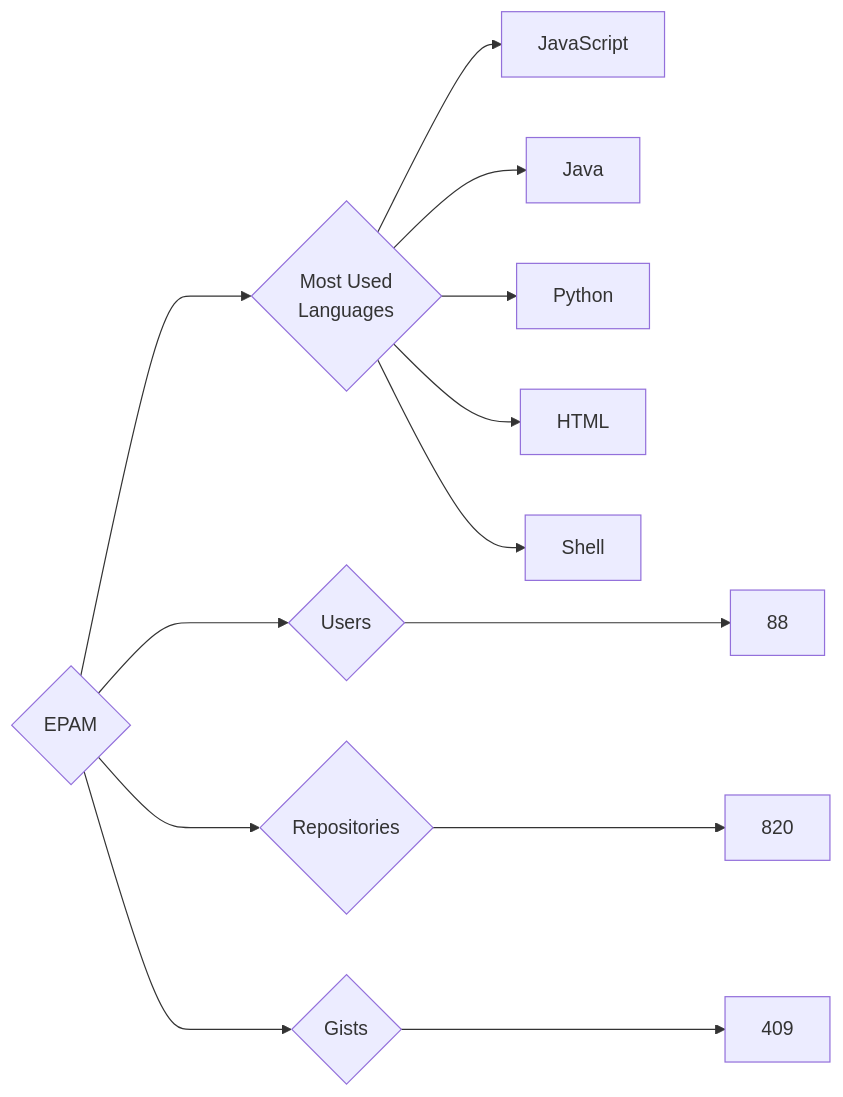
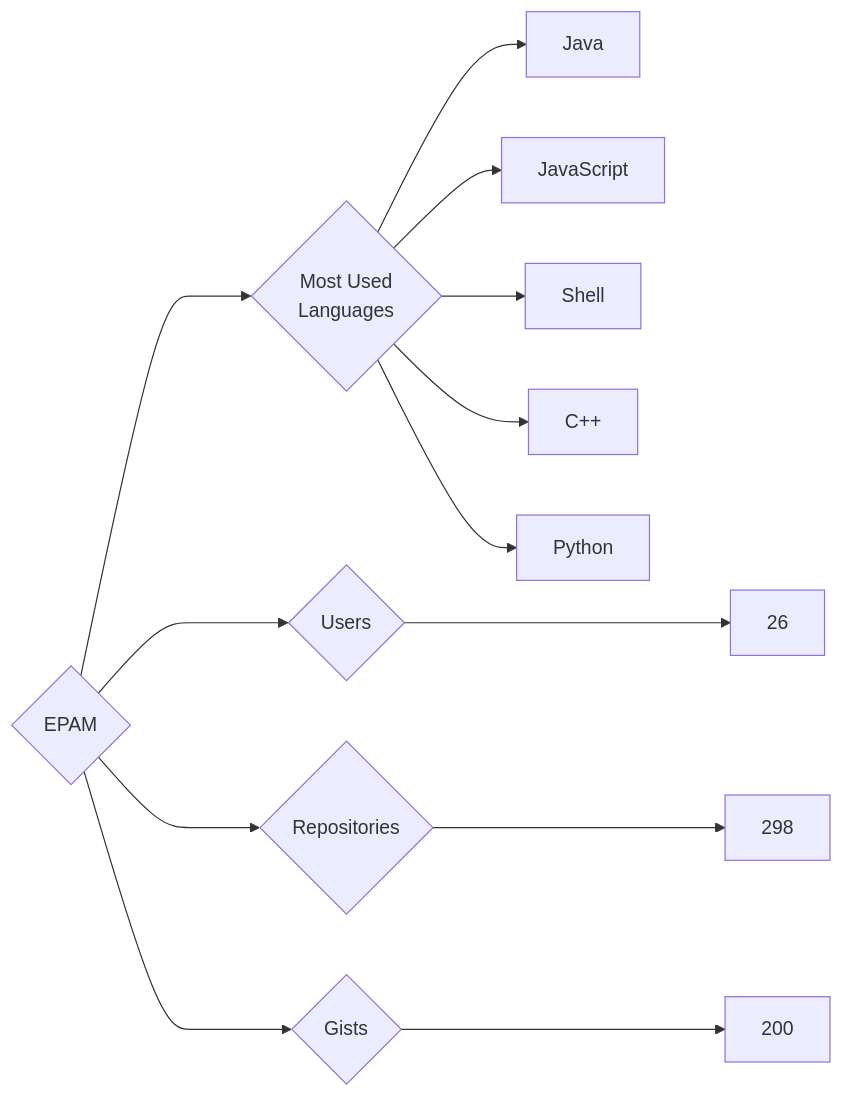
One commit to trickest/insiders changed the diagram in targets/EPAM/README.md. Above: the diagram before and after it, drawn with Mermaid. The commit also changed 775 other files, not shown here.

````diff
--- a/targets/EPAM/README.md
+++ b/targets/EPAM/README.md
@@ -3,13 +3,13 @@
 ```mermaid
 graph LR
 COMPANY_NAME{EPAM}
-COMPANY_NAME ---> U{Users} ---> UN[88]
-COMPANY_NAME ---> R{Repositories} ---> RN[820]
-COMPANY_NAME ---> G{Gists} ---> GN[409]
+COMPANY_NAME ---> U{Users} ---> UN[26]
+COMPANY_NAME ---> R{Repositories} ---> RN[298]
+COMPANY_NAME ---> G{Gists} ---> GN[200]
 COMPANY_NAME ---> ML{Most Used<br>Languages}
+ML --> Java[Java]
 ML --> JavaScript[JavaScript]
-ML --> Java[Java]
+ML --> Shell[Shell]
+ML --> C++[C++]
 ML --> Python[Python]
-ML --> HTML[HTML]
-ML --> Shell[Shell]
 ```
````
